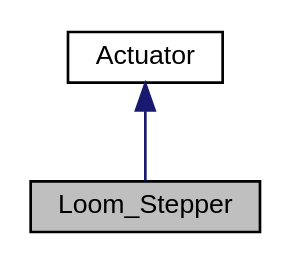
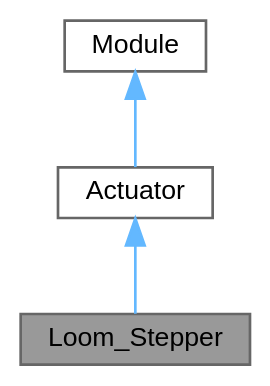
Before and after one commit to OPEnSLab-OSU/Loom-V4: the diagram in docs/class_loom___stepper__inherit__graph.dot, drawn with Graphviz. The commit also changed 773 other files, not shown here.

```diff
--- a/docs/class_loom___stepper__inherit__graph.dot
+++ b/docs/class_loom___stepper__inherit__graph.dot
@@ -1,9 +1,12 @@
 digraph "Loom_Stepper"
 {
  // LATEX_PDF_SIZE
-  edge [fontname="Helvetica",fontsize="10",labelfontname="Helvetica",labelfontsize="10"];
-  node [fontname="Helvetica",fontsize="10",shape=record];
-  Node1 [label="Loom_Stepper",height=0.2,width=0.4,color="black", fillcolor="grey75", style="filled", fontcolor="black",tooltip=" "];
-  Node2 -> Node1 [dir="back",color="midnightblue",fontsize="10",style="solid",fontname="Helvetica"];
-  Node2 [label="Actuator",height=0.2,width=0.4,color="black", fillcolor="white", style="filled",URL="$class_actuator.html",tooltip="All actuators eg."];
+  bgcolor="transparent";
+  edge [fontname=Helvetica,fontsize=10,labelfontname=Helvetica,labelfontsize=10];
+  node [fontname=Helvetica,fontsize=10,shape=box,height=0.2,width=0.4];
+  Node1 [label="Loom_Stepper",height=0.2,width=0.4,color="gray40", fillcolor="grey60", style="filled", fontcolor="black",tooltip=" "];
+  Node2 -> Node1 [dir="back",color="steelblue1",style="solid"];
+  Node2 [label="Actuator",height=0.2,width=0.4,color="gray40", fillcolor="white", style="filled",URL="$class_actuator.html",tooltip=" "];
+  Node3 -> Node2 [dir="back",color="steelblue1",style="solid"];
+  Node3 [label="Module",height=0.2,width=0.4,color="gray40", fillcolor="white", style="filled",URL="$class_module.html",tooltip=" "];
 }
```
